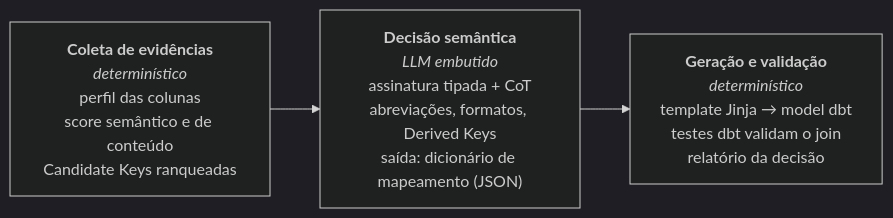
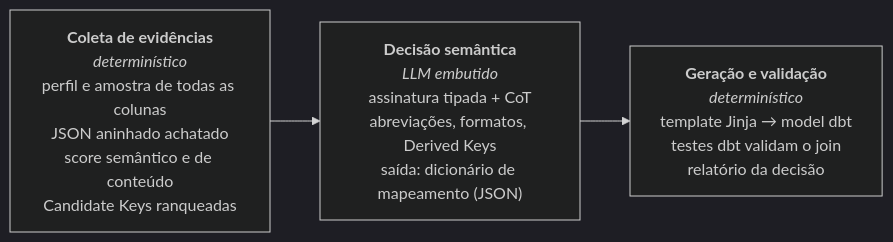
Before and after one commit to LuizaMaluf/Integracao-de-Dados-com-Modelos-de-Linguagem: the first of 2 diagrams in docs/tcc/proposta.md, drawn with Mermaid (dark theme). The commit also changed other lines of this file and 5 other files, not shown here.

````diff
--- a/docs/tcc/proposta.md
+++ b/docs/tcc/proposta.md
@@ -38,7 +39,7 @@
 ```mermaid
 flowchart LR
-    A["<b>Coleta de evidências</b><br/><i>determinístico</i><br/>perfil das colunas<br/>score semântico e de conteúdo<br/>Candidate Keys ranqueadas"]
+    A["<b>Coleta de evidências</b><br/><i>determinístico</i><br/>perfil e amostra de todas as colunas<br/>JSON aninhado achatado<br/>score semântico e de conteúdo<br/>Candidate Keys ranqueadas"]
     B["<b>Decisão semântica</b><br/><i>LLM embutido</i><br/>assinatura tipada + CoT<br/>abreviações, formatos, Derived Keys<br/>saída: dicionário de mapeamento (JSON)"]
     C["<b>Geração e validação</b><br/><i>determinístico</i><br/>template Jinja → model dbt<br/>testes dbt validam o join<br/>relatório da decisão"]
     A --> B --> C
 ```
````
